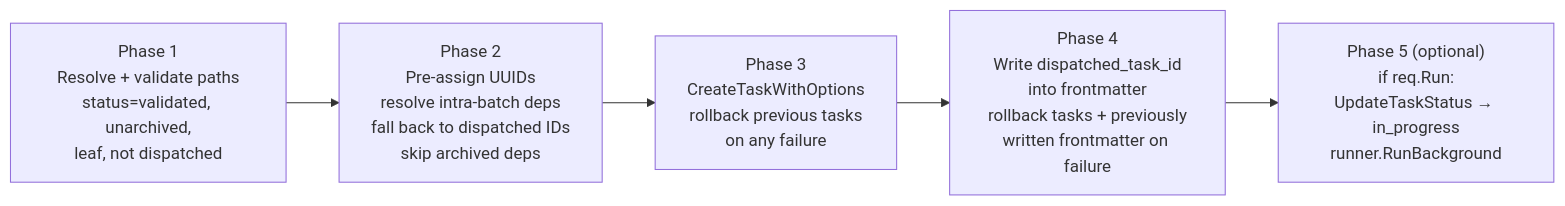
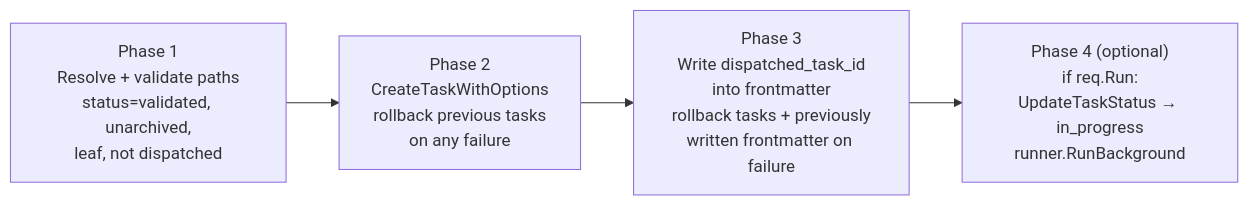
Before and after one commit to changkun/wallfacer: the third of 3 diagrams in docs/internals/plan-mode.md, drawn with Mermaid. The commit also changed 67 other files, not shown here.

First line of the commit message:
tasks: no task dependencies: a backlog task is promoted by position and schedule alone, and a spec's depends_on stays in the spec tree

````diff
--- a/docs/internals/plan-mode.md
+++ b/docs/internals/plan-mode.md
@@ -273,7 +273,6 @@
 ```mermaid
 flowchart LR
-    P1["Phase 1<br/>Resolve + validate paths<br/>status=validated, unarchived,<br/>leaf, not dispatched"] --> P2["Phase 2<br/>Pre-assign UUIDs<br/>resolve intra-batch deps<br/>fall back to dispatched IDs<br/>skip archived deps"]
-    P2 --> P3["Phase 3<br/>CreateTaskWithOptions<br/>rollback previous tasks<br/>on any failure"]
-    P3 --> P4["Phase 4<br/>Write dispatched_task_id<br/>into frontmatter<br/>rollback tasks + previously<br/>written frontmatter on failure"]
-    P4 --> P5["Phase 5 (optional)<br/>if req.Run:<br/>UpdateTaskStatus → in_progress<br/>runner.RunBackground"]
+    P1["Phase 1<br/>Resolve + validate paths<br/>status=validated, unarchived,<br/>leaf, not dispatched"] --> P2["Phase 2<br/>CreateTaskWithOptions<br/>rollback previous tasks<br/>on any failure"]
+    P2 --> P3["Phase 3<br/>Write dispatched_task_id<br/>into frontmatter<br/>rollback tasks + previously<br/>written frontmatter on failure"]
+    P3 --> P4["Phase 4 (optional)<br/>if req.Run:<br/>UpdateTaskStatus → in_progress<br/>runner.RunBackground"]
 ```
````
